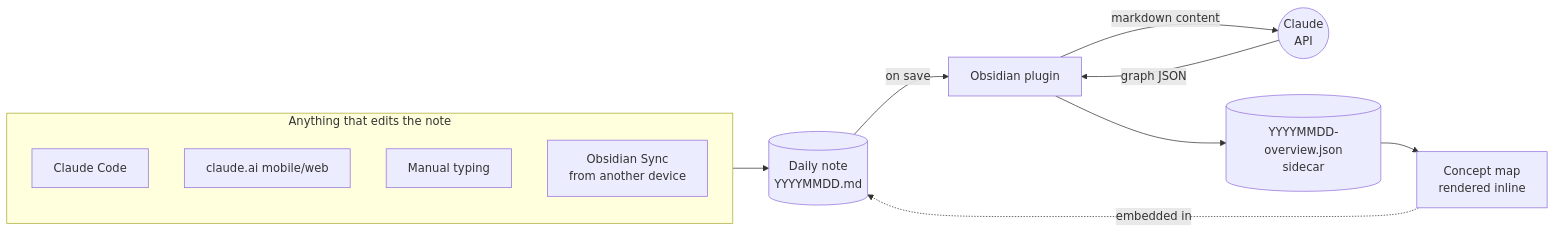
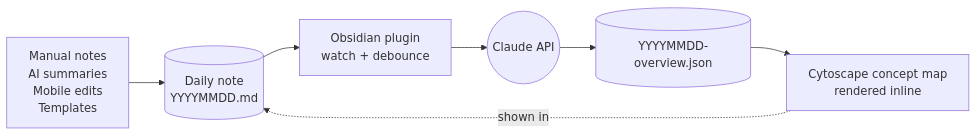
One commit to bobthearsonist/visual-notes changed the diagram in README.md. Above: the diagram before and after it, drawn with Mermaid. The commit also changed other lines of this file and 4 other files, not shown here.

````diff
--- a/README.md
+++ b/README.md
@@ -61,22 +27,9 @@
 ```mermaid
 flowchart LR
-    subgraph Sources["Anything that edits the note"]
-        A1[Claude Code]
-        A2[claude.ai mobile/web]
-        A3[Manual typing]
-        A4[Obsidian Sync<br/>from another device]
-    end
-    Note[("Daily note<br/>YYYYMMDD.md")]
-    Plugin[Obsidian plugin]
-    API((Claude<br/>API))
-    Side[("YYYYMMDD-overview.json<br/>sidecar")]
-    Viz["Concept map<br/>rendered inline"]
-
-    Sources --> Note
-    Note -->|on save| Plugin
-    Plugin -->|markdown content| API
-    API -->|graph JSON| Plugin
-    Plugin --> Side
-    Side --> Viz
-    Viz -. embedded in .-> Note
+    Sources["Manual notes<br/>AI summaries<br/>Mobile edits<br/>Templates"] --> Note[("Daily note<br/>YYYYMMDD.md")]
+    Note --> Plugin["Obsidian plugin<br/>watch + debounce"]
+    Plugin --> Claude(("Claude API"))
+    Claude --> Sidecar[("YYYYMMDD-overview.json")]
+    Sidecar --> Graph["Cytoscape concept map<br/>rendered inline"]
+    Graph -. shown in .-> Note
 ```
````
